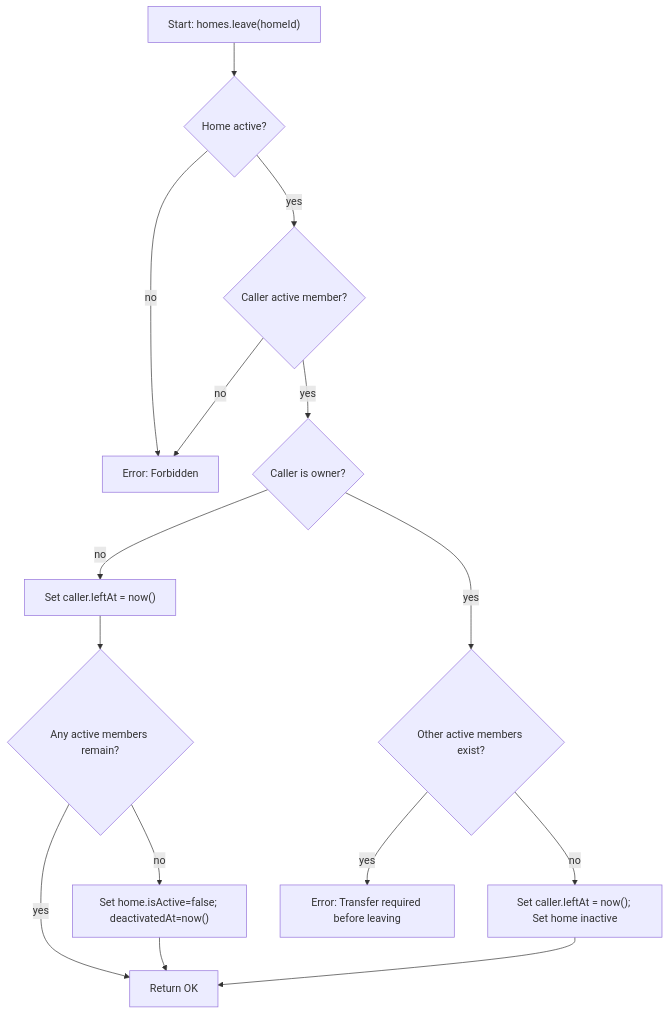
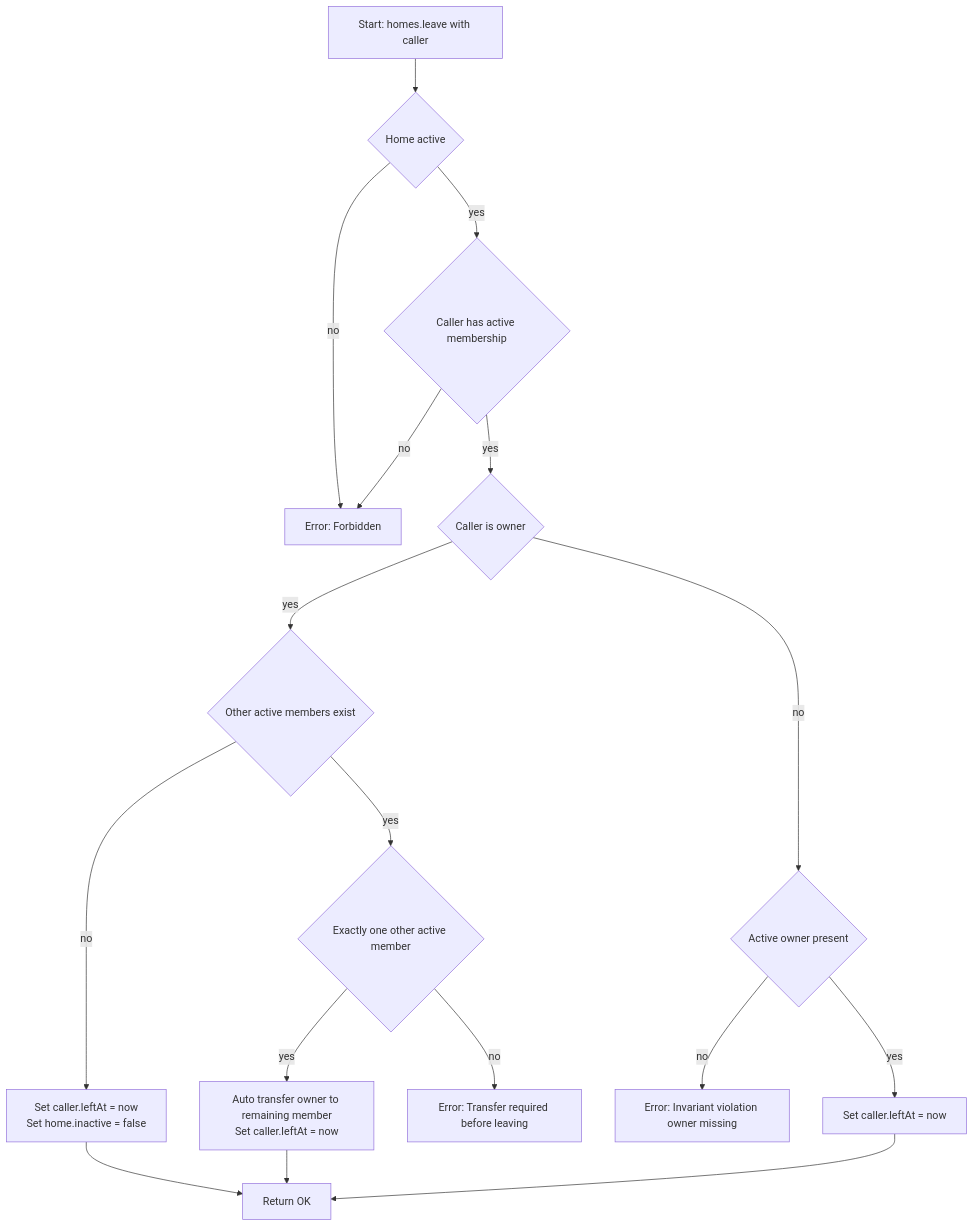
The diagram in docs/diagrams/home_membership/leave_home.md (pariszhuang123/kinly), drawn with Mermaid before and after one commit. The commit also changed 8 other files, not shown here.

Commit message:
Update home_membership diagram

````diff
--- a/docs/diagrams/home_membership/leave_home.md
+++ b/docs/diagrams/home_membership/leave_home.md
@@ -1,17 +1,28 @@
 ```mermaid
 flowchart TD
-  A["Start: homes.leave(homeId)"] --> B{Home active?}
-  B -- no --> X[Error: Forbidden]
-  B -- yes --> C{Caller active member?}
+  A["Start: homes.leave with caller"] --> B{Home active}
+  B -- no --> X["Error: Forbidden"]
+  B -- yes --> C{Caller has active membership}
   C -- no --> X
-  C -- yes --> D{Caller is owner?}
-  D -- no --> E["Set caller.leftAt = now()"]
-  E --> F{Any active members remain?}
-  F -- yes --> Z[Return OK]
-  F -- no --> G["Set home.isActive=false; deactivatedAt=now()"]
-  G --> Z
-  D -- yes --> H{Other active members exist?}
-  H -- yes --> Y[Error: Transfer required before leaving]
-  H -- no --> I["Set caller.leftAt = now()"; Set home inactive]
-  I --> Z
+
+  C -- yes --> D{Caller is owner}
+
+  %% --- Owner path ---
+  D -- yes --> E{Other active members exist}
+  E -- no --> F["Set caller.leftAt = now<br>Set home.inactive = false"]
+  F --> Z["Return OK"]
+
+  E -- yes --> G{Exactly one other active member}
+  G -- yes --> H["Auto transfer owner to remaining member<br>Set caller.leftAt = now"]
+  H --> Z
+
+  G -- no --> I["Error: Transfer required before leaving"]
+  %% (Owner must explicitly choose a new owner when multiple candidates exist)
+
+  %% --- Non-owner path ---
+  D -- no --> J{Active owner present}
+  J -- no --> K["Error: Invariant violation owner missing"]
+  J -- yes --> L["Set caller.leftAt = now"]
+  L --> Z
+
 ```
````
